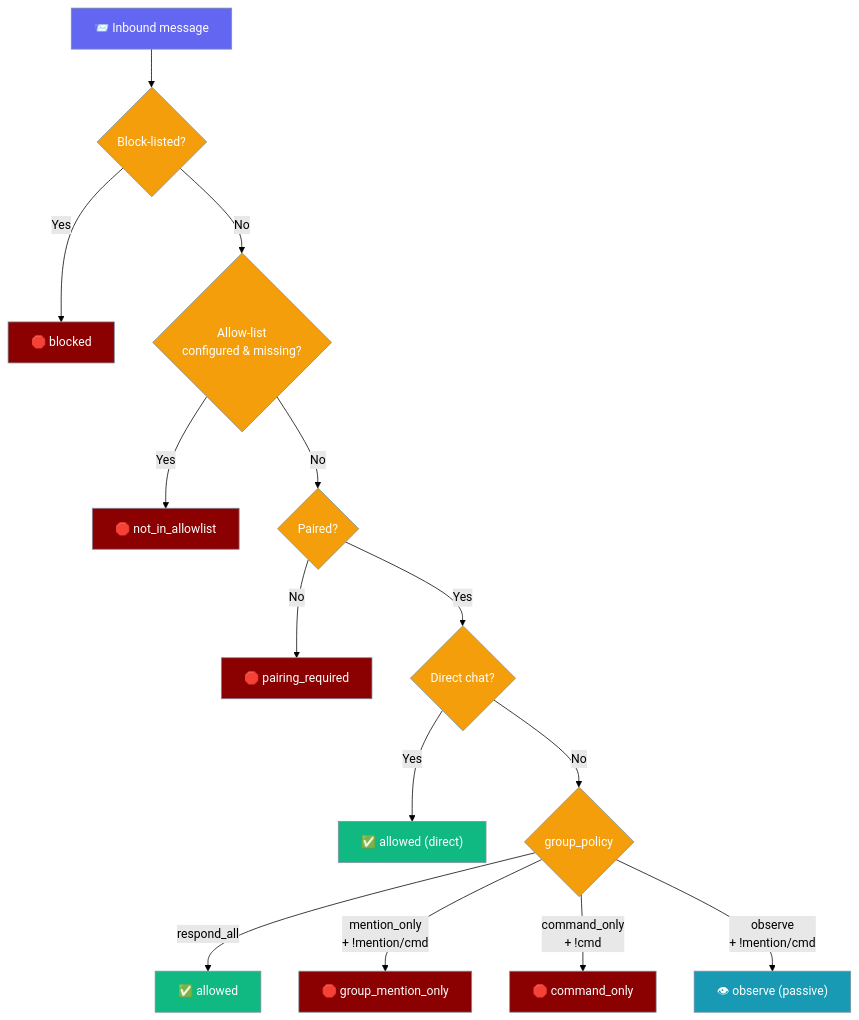
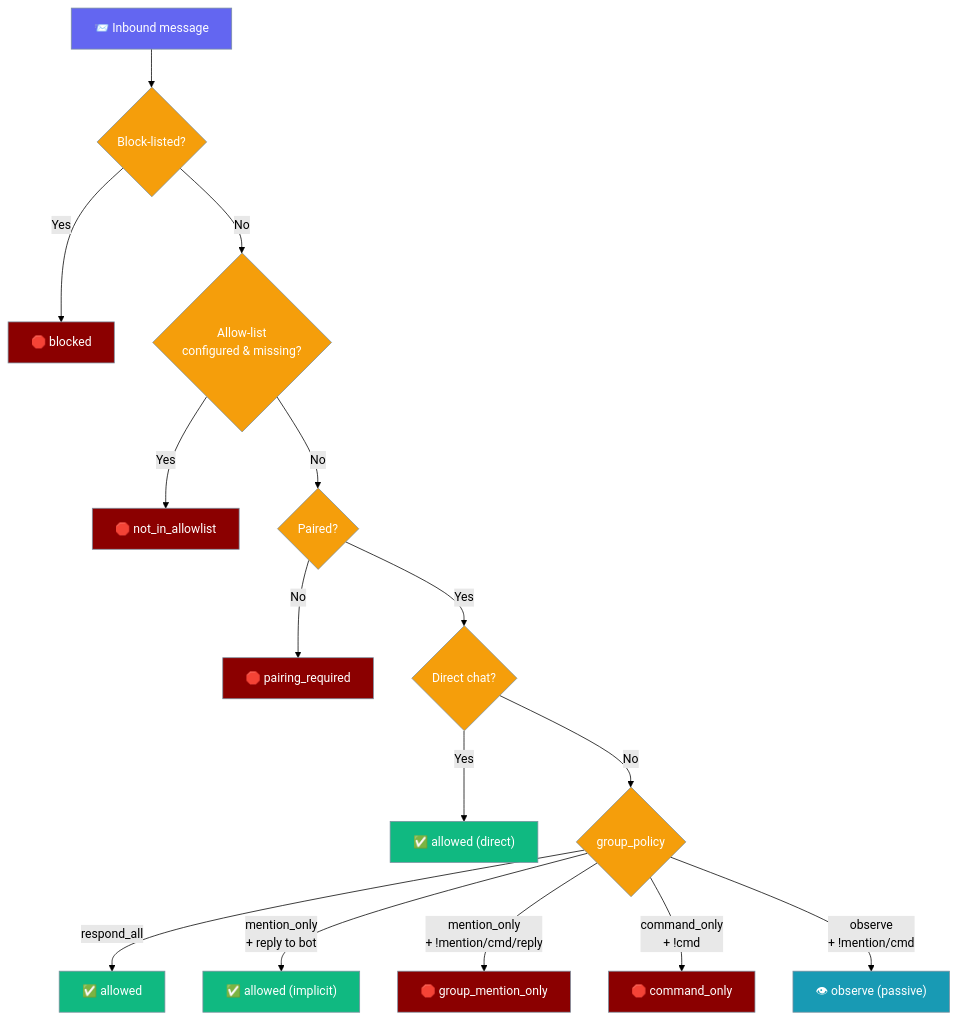
Before and after one commit to MervinPraison/PraisonAIDocs: the fifth of 5 diagrams in docs/features/bot-platform-plugins.mdx, drawn with Mermaid (forest theme). The commit also changed other lines of this file and 7 other files, not shown here.

First line of the commit message:
docs: document reply-to-bot as implicit mention in mention_only groups (fixes #4088)

````diff
--- a/docs/features/bot-platform-plugins.mdx
+++ b/docs/features/bot-platform-plugins.mdx
@@ -416,28 +418,29 @@
 ```mermaid
 graph TB
     Start[📨 Inbound message] --> Block{Block-listed?}
     Block -->|Yes| Drop1["🛑 blocked"]
     Block -->|No| Allow{Allow-list<br/>configured & missing?}
     Allow -->|Yes| Drop2["🛑 not_in_allowlist"]
     Allow -->|No| Pair{Paired?}
     Pair -->|No| Drop3["🛑 pairing_required"]
     Pair -->|Yes| Direct{Direct chat?}
     Direct -->|Yes| OK1["✅ allowed (direct)"]
     Direct -->|No| Policy{group_policy}
     Policy -->|respond_all| OK2["✅ allowed"]
-    Policy -->|mention_only<br/>+ !mention/cmd| Drop4["🛑 group_mention_only"]
+    Policy -->|mention_only<br/>+ reply to bot| OK3["✅ allowed (implicit)"]
+    Policy -->|mention_only<br/>+ !mention/cmd/reply| Drop4["🛑 group_mention_only"]
     Policy -->|command_only<br/>+ !cmd| Drop5["🛑 command_only"]
     Policy -->|observe<br/>+ !mention/cmd| Obs["👁 observe (passive)"]
 
     classDef msg fill:#6366F1,stroke:#7C90A0,color:#fff
     classDef gate fill:#F59E0B,stroke:#7C90A0,color:#fff
     classDef drop fill:#8B0000,stroke:#7C90A0,color:#fff
     classDef ok fill:#10B981,stroke:#7C90A0,color:#fff
     classDef obs fill:#189AB4,stroke:#7C90A0,color:#fff
 
     class Start msg
     class Block,Allow,Pair,Direct,Policy gate
     class Drop1,Drop2,Drop3,Drop4,Drop5 drop
-    class OK1,OK2 ok
+    class OK1,OK2,OK3 ok
     class Obs obs
 ```
````
